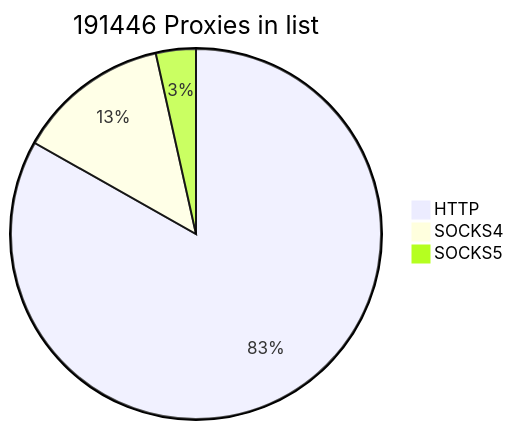
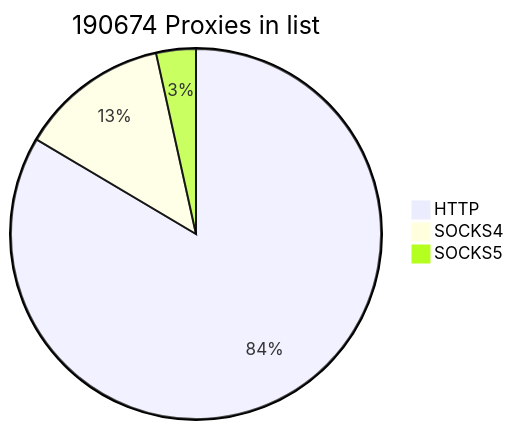
The first of 2 diagrams in README.md (cutipu/proxylist), drawn with Mermaid before and after one commit. The commit also changed other lines of this file, not shown here.

````diff
--- a/README.md
+++ b/README.md
@@ -2,7 +2,7 @@
 ```mermaid
-pie title 191446 Proxies in list
-    "HTTP" : 159253
-    "SOCKS4" : 25515
-    "SOCKS5" : 6678
+pie title 190674 Proxies in list
+    "HTTP" : 159233
+    "SOCKS4" : 24841
+    "SOCKS5" : 6600
             
 ```
````
